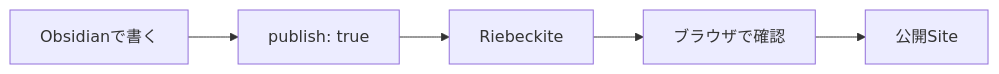
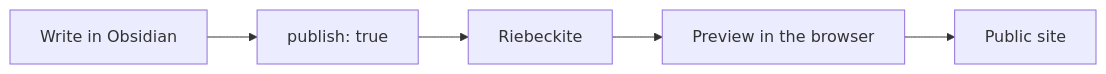
One commit to Rerurate514/riebeckite changed the first of 7 diagrams in docs/docs/guides/obsidian.md. Above: the diagram before and after it, drawn with Mermaid. The commit also changed other lines of this file and 604 other files, not shown here.

````diff
--- a/docs/docs/guides/obsidian.md
+++ b/docs/docs/guides/obsidian.md
@@ -9,13 +9,13 @@
-```mermaid id="4iixgb"
+```mermaid
 flowchart LR
-    Obsidian["Obsidianで書く"]
+    Obsidian["Write in Obsidian"]
     Publish["publish: true"]
     Riebeckite["Riebeckite"]
-    Preview["ブラウザで確認"]
-    Site["公開Site"]
+    Preview["Preview in the browser"]
+    Site["Public site"]
 
     Obsidian --> Publish
     Publish --> Riebeckite
     Riebeckite --> Preview
     Preview --> Site
 ```
````
